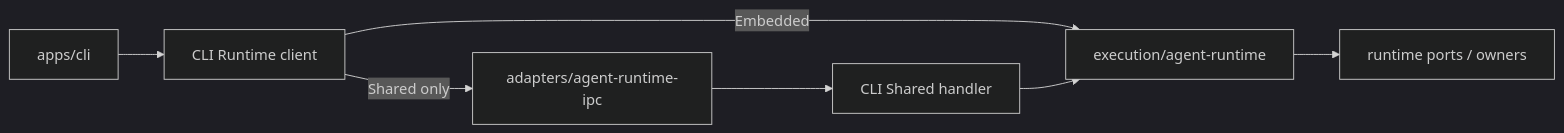
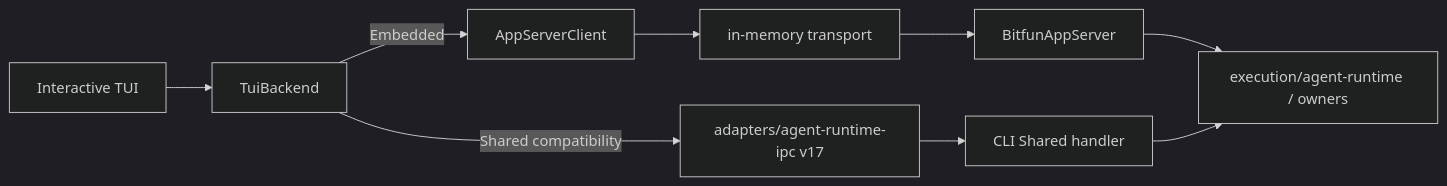
One commit to 1688mengdie/BitFun changed diagram 12 of 15 in docs/architecture/agent-runtime-deployment-design.md. Above: the diagram before and after it, drawn with Mermaid (dark theme). The commit also changed other lines of this file and 87 other files, not shown here.

Commit message:
feat(cli): add app server to cli

````diff
--- a/docs/architecture/agent-runtime-deployment-design.md
+++ b/docs/architecture/agent-runtime-deployment-design.md
@@ -296,9 +356,11 @@
 ```mermaid
 flowchart LR
-  CLI["apps/cli"] --> Client["CLI Runtime client"]
-  Client -->|"Embedded"| Runtime["execution/agent-runtime"]
-  Client -->|"Shared only"| IPC["adapters/agent-runtime-ipc"]
+  TUI["Interactive TUI"] --> Backend["TuiBackend"]
+  Backend -->|"Embedded"| Client["AppServerClient"]
+  Client --> Memory["in-memory transport"]
+  Memory --> AppServer["BitfunAppServer"]
+  Backend -->|"Shared compatibility"| IPC["adapters/agent-runtime-ipc v17"]
   IPC --> Handler["CLI Shared handler"]
+  AppServer --> Runtime["execution/agent-runtime / owners"]
   Handler --> Runtime
-  Runtime --> Ports["runtime ports / owners"]
 ```
````
